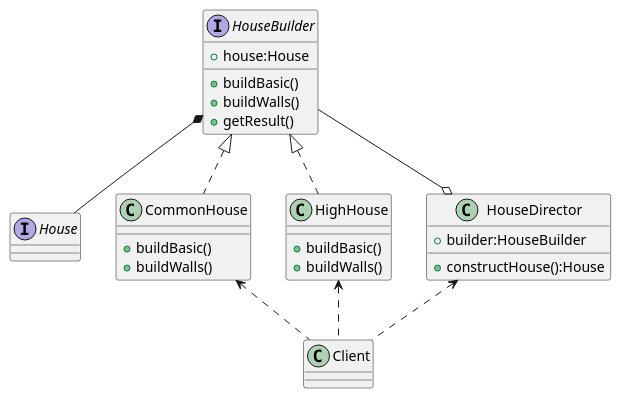
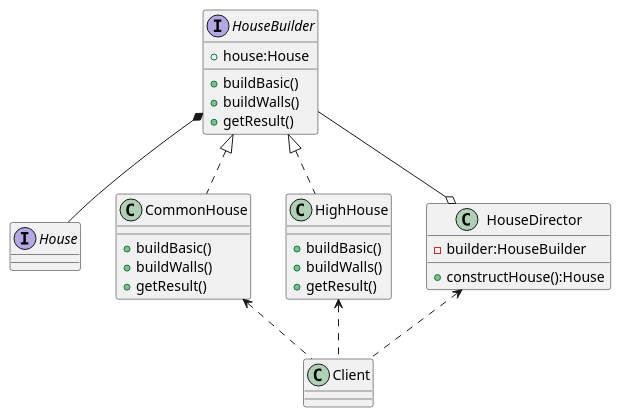
Before and after one commit to violet-Bin/designpatterns: the diagram in src/main/java/com/designpatterns/graph/pattern/creative/builder/Builder.puml, drawn with PlantUML. The commit also changed 1 other file, not shown here.

```diff
--- a/src/main/java/com/designpatterns/graph/pattern/creative/builder/Builder.puml
+++ b/src/main/java/com/designpatterns/graph/pattern/creative/builder/Builder.puml
@@ -1,34 +1,36 @@
 @startuml
 
 interface House
 interface HouseBuilder
 class CommonHouse
 class HighHouse
 class HouseDirector
 class Client
 
 HouseBuilder : +house:House
 HouseBuilder : +buildBasic()
 HouseBuilder : +buildWalls()
 HouseBuilder : +getResult()
 
 CommonHouse : +buildBasic()
 CommonHouse : +buildWalls()
+CommonHouse : +getResult()
 HighHouse : +buildBasic()
 HighHouse : +buildWalls()
+HighHouse : +getResult()
 
-HouseDirector : +builder:HouseBuilder
+HouseDirector : -builder:HouseBuilder
 HouseDirector : +constructHouse():House
 
 HouseBuilder <|.. CommonHouse
 HouseBuilder <|.. HighHouse
 
 HouseBuilder *-- House
 HouseBuilder --o HouseDirector
 
 HouseDirector <.. Client
 CommonHouse <.. Client
 HighHouse <.. Client
 
 
 @enduml
```
